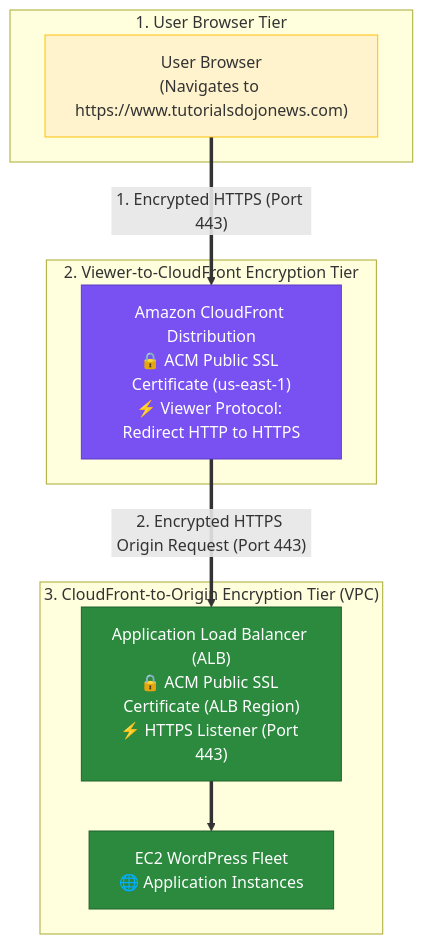
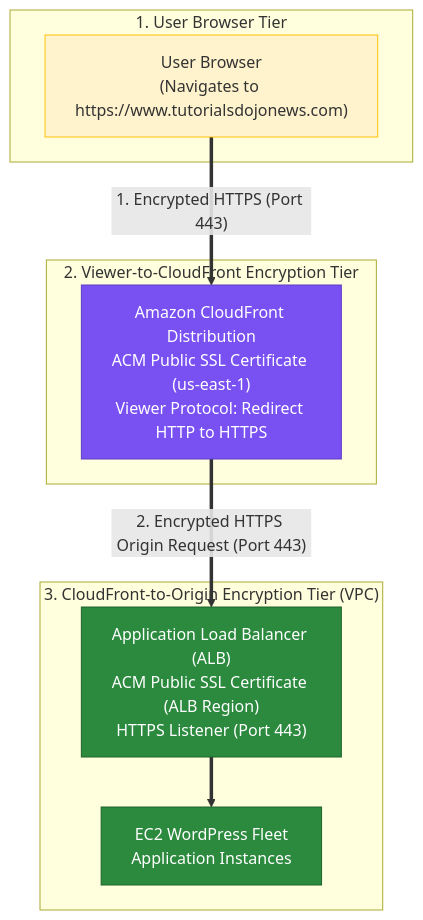
Before and after one commit to ReginRavi/AIP-C01: diagram 17 of 20 in Professional/3.3 Global service offerings (for example, AWS Global Accelerator, Amazon CloudFront, edge computing services).md, drawn with Mermaid. The commit also changed other lines of this file and 1 other file, not shown here.

Commit message:
Fix mermaid diagram syntax in Global service offerings and High-performing systems architectures notes

````diff
--- a/Professional/3.3 Global service offerings (for example, AWS Global Accelerator, Amazon CloudFront, edge computing services).md
+++ b/Professional/3.3 Global service offerings (for example, AWS Global Accelerator, Amazon CloudFront, edge computing services).md
@@ -913,27 +930,27 @@
 ```mermaid
 flowchart TD
     subgraph BrowserTier ["1. User Browser Tier"]
         Browser["User Browser<br/>(Navigates to https://www.tutorialsdojonews.com)"]
     end
 
     subgraph EdgeEncryption ["2. Viewer-to-CloudFront Encryption Tier"]
-        CloudFront["Amazon CloudFront Distribution<br/>🔒 ACM Public SSL Certificate (us-east-1)<br/>⚡ Viewer Protocol: Redirect HTTP to HTTPS"]
-
-        Browser ==>|"1. Encrypted HTTPS (Port 443)"| CloudFront
+        CloudFront["Amazon CloudFront Distribution<br/>ACM Public SSL Certificate (us-east-1)<br/>Viewer Protocol: Redirect HTTP to HTTPS"]
     end
 
     subgraph OriginEncryption ["3. CloudFront-to-Origin Encryption Tier (VPC)"]
-        ALB["Application Load Balancer (ALB)<br/>🔒 ACM Public SSL Certificate (ALB Region)<br/>⚡ HTTPS Listener (Port 443)"]
-        EC2Fleet["EC2 WordPress Fleet<br/>🌐 Application Instances"]
+        ALB["Application Load Balancer (ALB)<br/>ACM Public SSL Certificate (ALB Region)<br/>HTTPS Listener (Port 443)"]
+        EC2Fleet["EC2 WordPress Fleet<br/>Application Instances"]
+    end
 
-        CloudFront ==>|"2. Encrypted HTTPS Origin Request (Port 443)"| ALB ==> EC2Fleet
-    end
+    Browser ==>|"1. Encrypted HTTPS (Port 443)"| CloudFront
+    CloudFront ==>|"2. Encrypted HTTPS Origin Request (Port 443)"| ALB
+    ALB ==> EC2Fleet
 
     classDef browser fill:#fff3cd,stroke:#ffc107,stroke-width:1px;
     classDef edge fill:#7950f2,stroke:#5f3dc4,color:#ffffff;
     classDef origin fill:#2b8a3e,stroke:#1e632b,color:#ffffff;
 
     class Browser browser;
     class CloudFront edge;
     class ALB,EC2Fleet origin;
 ```
````
